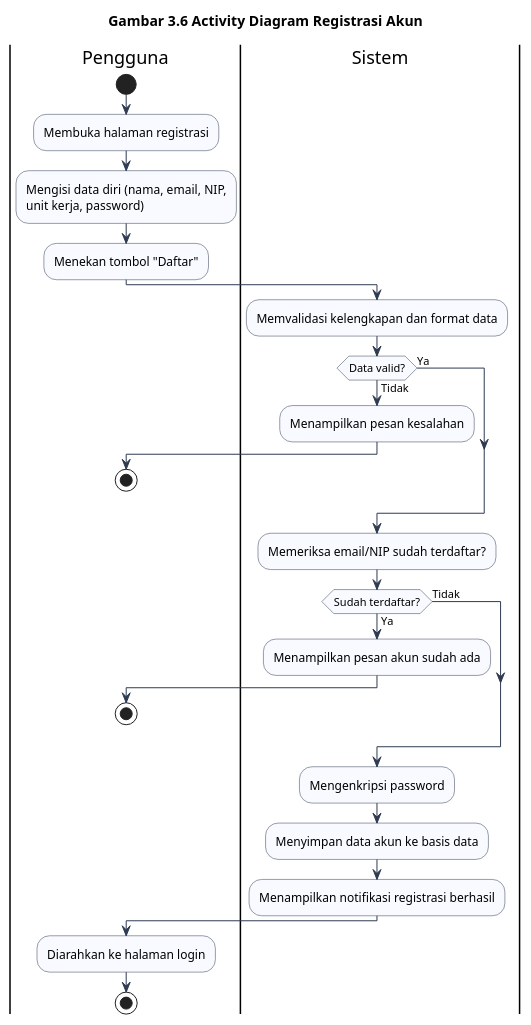
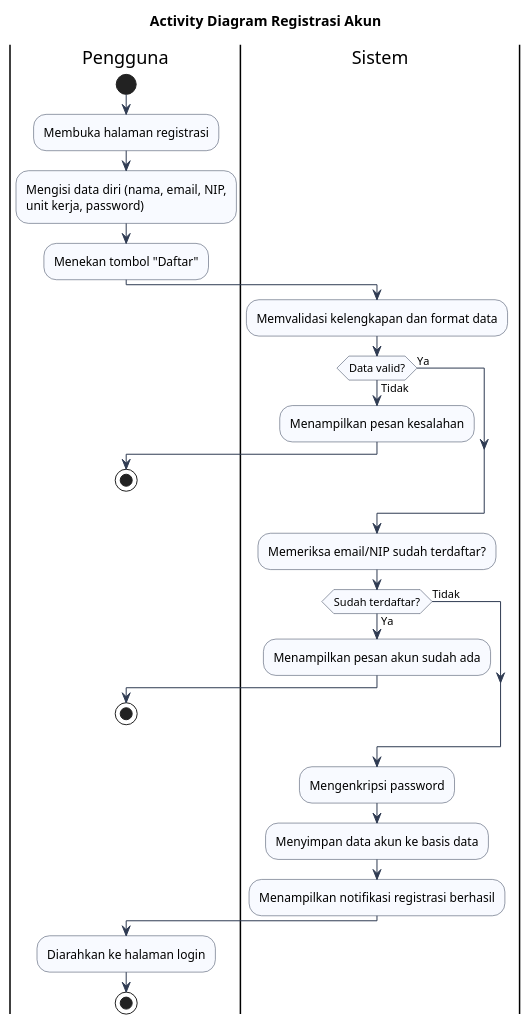
Before and after one commit to Abdlhsnu17/sipena.apps: the diagram in docs/activity/3.6-registrasi.puml, drawn with PlantUML. The commit also changed 21 other files, not shown here.

Commit message:
docs: ubah judul activity diagram menjadi polos tanpa nomor gambar

```diff
--- a/docs/activity/3.6-registrasi.puml
+++ b/docs/activity/3.6-registrasi.puml
@@ -1,45 +1,45 @@
 @startuml
-title Gambar 3.6 Activity Diagram Registrasi Akun
+title Activity Diagram Registrasi Akun
 skinparam shadowing false
 skinparam activity {
   BackgroundColor #F8FAFF
   BorderColor #2F3B52
   ArrowColor #2F3B52
   DiamondBackgroundColor #F8FAFF
   DiamondBorderColor #2F3B52
 }
 
 |Pengguna|
 start
 :Membuka halaman registrasi;
 :Mengisi data diri (nama, email, NIP,
 unit kerja, password);
 :Menekan tombol "Daftar";
 
 |Sistem|
 :Memvalidasi kelengkapan dan format data;
 if (Data valid?) then (Tidak)
   :Menampilkan pesan kesalahan;
   |Pengguna|
   stop
 else (Ya)
 endif
 
 |Sistem|
 :Memeriksa email/NIP sudah terdaftar?;
 if (Sudah terdaftar?) then (Ya)
   :Menampilkan pesan akun sudah ada;
   |Pengguna|
   stop
 else (Tidak)
 endif
 
 |Sistem|
 :Mengenkripsi password;
 :Menyimpan data akun ke basis data;
 :Menampilkan notifikasi registrasi berhasil;
 
 |Pengguna|
 :Diarahkan ke halaman login;
 stop
 @enduml
```
